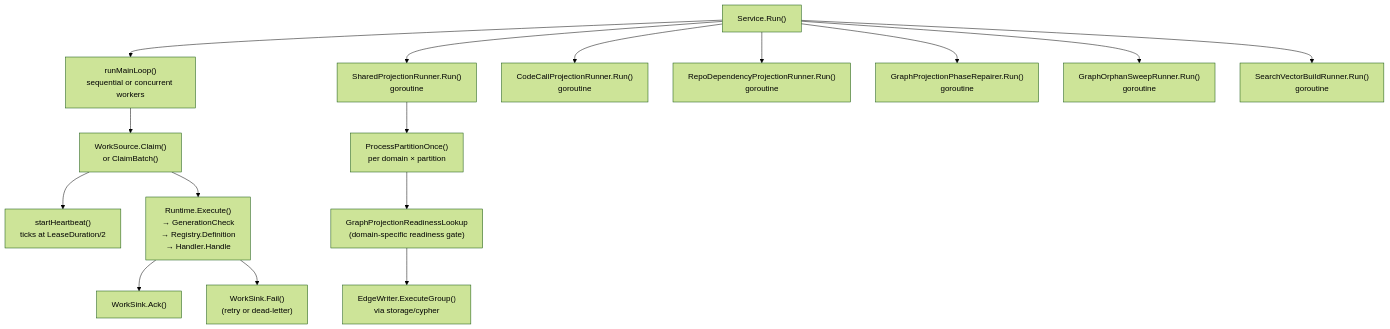
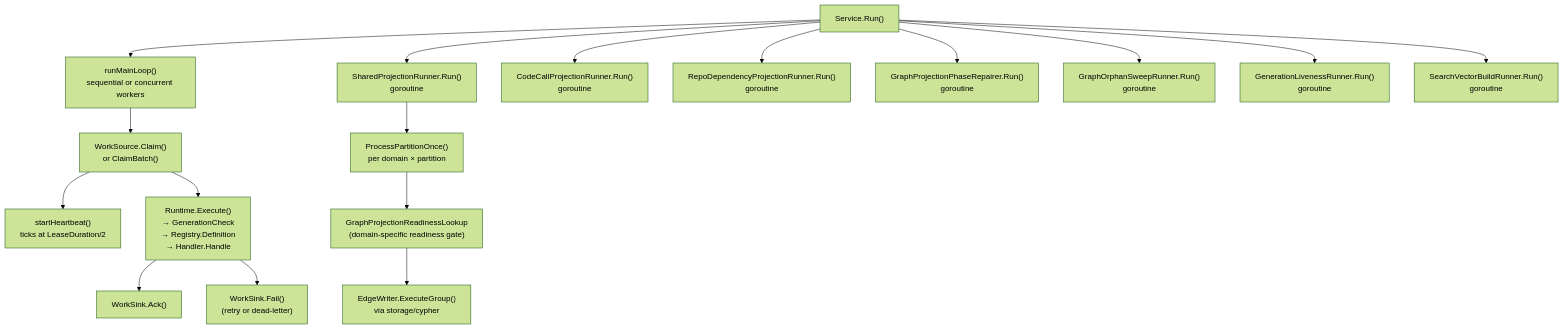
Before and after one commit to eshu-hq/eshu: the second of 2 diagrams in go/internal/reducer/README.md, drawn with Mermaid (forest theme). The commit also changed other lines of this file and 19 other files, not shown here.

````diff
--- a/go/internal/reducer/README.md
+++ b/go/internal/reducer/README.md
@@ -43,18 +43,19 @@
 ```mermaid
 flowchart TB
   Service["Service.Run()"] --> MainLoop["runMainLoop()\nsequential or concurrent workers"]
   MainLoop --> Claim["WorkSource.Claim()\nor ClaimBatch()"]
   Claim --> Heartbeat["startHeartbeat()\nticks at LeaseDuration/2"]
   Claim --> Execute["Runtime.Execute()\n→ GenerationCheck\n→ Registry.Definition\n→ Handler.Handle"]
   Execute --> Ack["WorkSink.Ack()"]
   Execute --> Fail["WorkSink.Fail()\n(retry or dead-letter)"]
   Service --> SPR["SharedProjectionRunner.Run()\ngoroutine"]
   Service --> CCPR["CodeCallProjectionRunner.Run()\ngoroutine"]
   Service --> RDPR["RepoDependencyProjectionRunner.Run()\ngoroutine"]
   Service --> Repair["GraphProjectionPhaseRepairer.Run()\ngoroutine"]
   Service --> Orphans["GraphOrphanSweepRunner.Run()\ngoroutine"]
+  Service --> Liveness["GenerationLivenessRunner.Run()\ngoroutine"]
   Service --> SearchVectors["SearchVectorBuildRunner.Run()\ngoroutine"]
   SPR --> ProcessPartition["ProcessPartitionOnce()\nper domain × partition"]
   ProcessPartition --> ReadinessGate["GraphProjectionReadinessLookup\n(domain-specific readiness gate)"]
   ReadinessGate --> EdgeWriter["EdgeWriter.ExecuteGroup()\nvia storage/cypher"]
 ```
````
